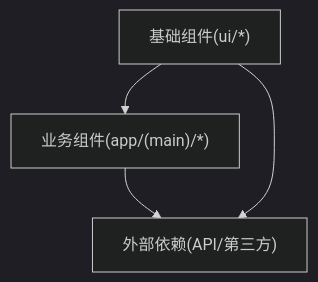
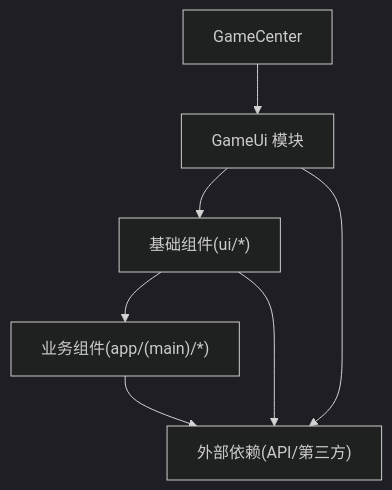
Diagram 13 of 13 in .qoder/repowiki/zh/content/架构设计/组件系统设计.md (KTBOY/cali.so), drawn with Mermaid (dark theme) before and after one commit. The commit also changed other lines of this file and 11 other files, not shown here.

````diff
--- a/.qoder/repowiki/zh/content/架构设计/组件系统设计.md
+++ b/.qoder/repowiki/zh/content/架构设计/组件系统设计.md
@@ -676,6 +782,9 @@
 ```mermaid
 graph TB
 Base["基础组件(ui/*)"] --> Business["业务组件(app/(main)/*)"]
+GameUi["GameUi 模块"] --> Base
 Business --> External["外部依赖(API/第三方)"]
+GameUi --> External
 Base --> External
+GameCenter["GameCenter"] --> GameUi
 ```
````
